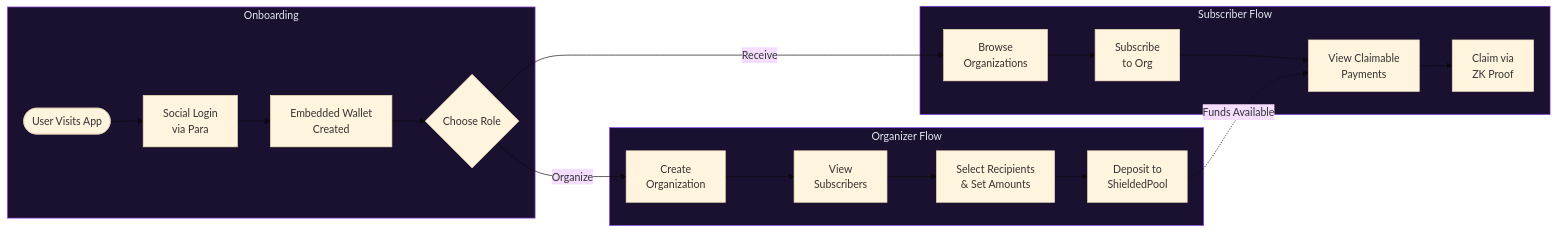
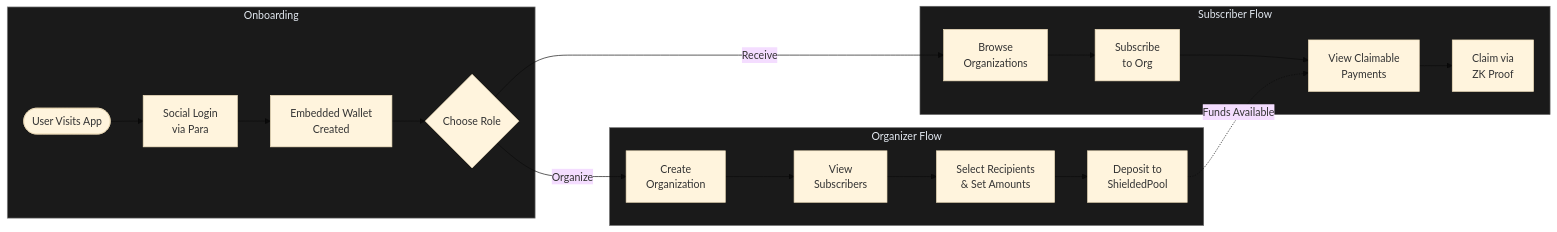
One commit to 0xj4an/blizkperse changed the second of 4 diagrams in README.md. Above: the diagram before and after it, drawn with Mermaid (base theme). The commit also changed other lines of this file and 28 other files, not shown here.

````diff
--- a/README.md
+++ b/README.md
@@ -59,28 +82,28 @@
 ```mermaid
 flowchart LR
     subgraph Onboarding
         A([User Visits App]) --> B[Social Login<br/>via Para]
         B --> C[Embedded Wallet<br/>Created]
         C --> D{Choose Role}
     end
 
     subgraph Organizer["Organizer Flow"]
         D -- Organize --> E[Create<br/>Organization]
         E --> F[View<br/>Subscribers]
         F --> G[Select Recipients<br/>& Set Amounts]
         G --> H[Deposit to<br/>ShieldedPool]
     end
 
     subgraph Subscriber["Subscriber Flow"]
         D -- Receive --> I[Browse<br/>Organizations]
         I --> J[Subscribe<br/>to Org]
         J --> K[View Claimable<br/>Payments]
         K --> L[Claim via<br/>ZK Proof]
     end
 
     H -.->|Funds Available| K
 
-    style Onboarding fill:#1a1030,stroke:#a855f7,color:#e2e8f0
-    style Organizer fill:#1a1030,stroke:#7c3aed,color:#e2e8f0
-    style Subscriber fill:#1a1030,stroke:#7c3aed,color:#e2e8f0
+    style Onboarding fill:#1a1a1a,stroke:#888,color:#e2e8f0
+    style Organizer fill:#1a1a1a,stroke:#666,color:#e2e8f0
+    style Subscriber fill:#1a1a1a,stroke:#666,color:#e2e8f0
 ```
````
